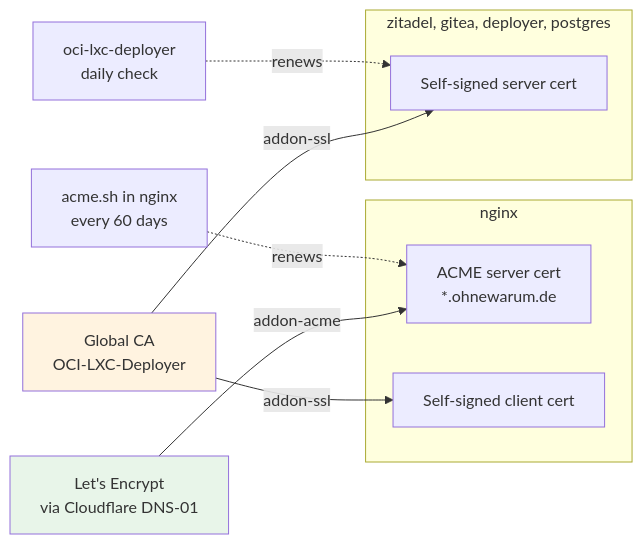
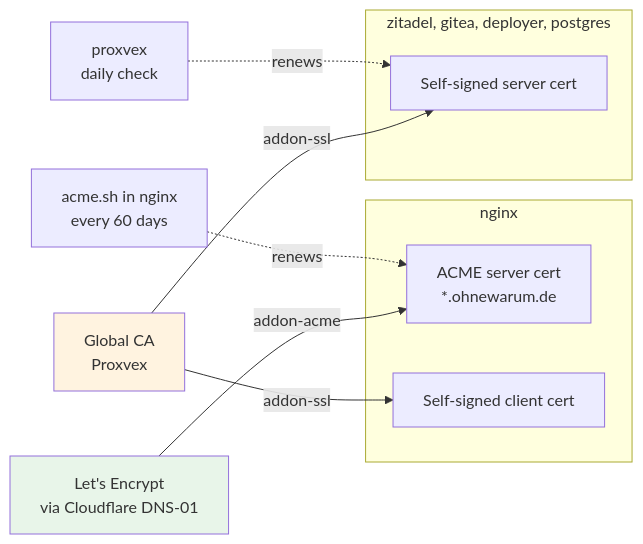
The third of 4 diagrams in production/INFRASTRUCTURE.md (proxvex/proxvex), drawn with Mermaid before and after one commit. The commit also changed other lines of this file and 255 other files, not shown here.

First line of the commit message:
chore: Rename oci-lxc-deployer to proxvex and enhance task definitions (#174)

````diff
--- a/production/INFRASTRUCTURE.md
+++ b/production/INFRASTRUCTURE.md
@@ -147,21 +147,21 @@
 ```mermaid
 graph LR
     subgraph Nginx["nginx"]
         acme_cert["ACME server cert<br/>*.ohnewarum.de"]
         ca_client_n["Self-signed client cert"]
     end
 
     subgraph Others["zitadel, gitea, deployer, postgres"]
         ca_cert["Self-signed server cert"]
     end
 
     LE["Let's Encrypt<br/>via Cloudflare DNS-01"] -->|addon-acme| acme_cert
-    CA["Global CA<br/>OCI-LXC-Deployer"] -->|addon-ssl| ca_client_n
+    CA["Global CA<br/>Proxvex"] -->|addon-ssl| ca_client_n
     CA -->|addon-ssl| ca_cert
 
     acme_renewal["acme.sh in nginx<br/>every 60 days"] -.->|renews| acme_cert
-    deployer_renewal["oci-lxc-deployer<br/>daily check"] -.->|renews| ca_cert
+    deployer_renewal["proxvex<br/>daily check"] -.->|renews| ca_cert
 
     style LE fill:#e8f5e9
     style CA fill:#fff3e0
 ```
````
